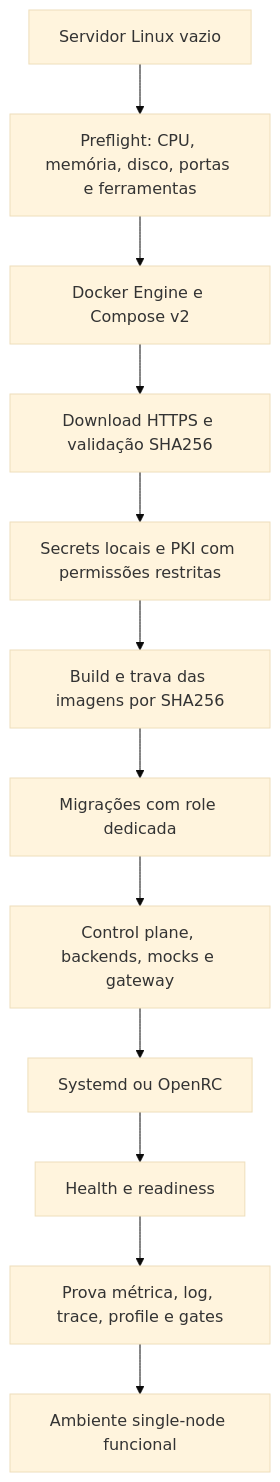
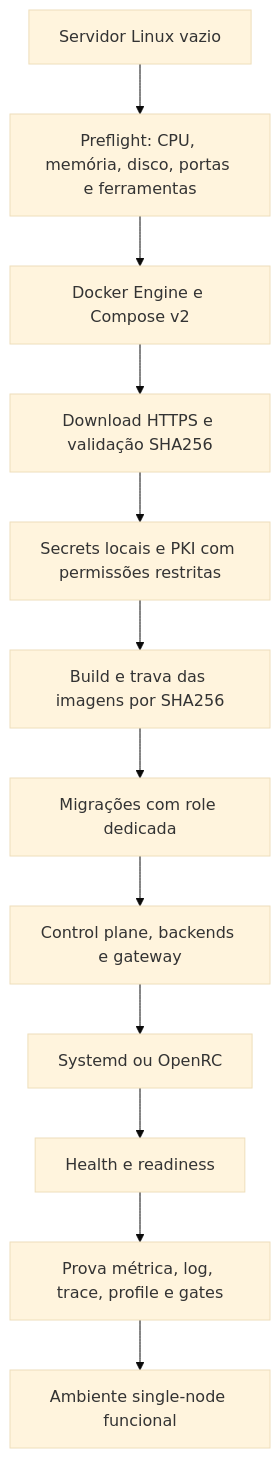
One commit to tharlesson-platform/SentinelOps changed the first of 5 diagrams in docs/architecture/system-flows.md. Above: the diagram before and after it, drawn with Mermaid (base theme). The commit also changed 278 other files, not shown here.

````diff
--- a/docs/architecture/system-flows.md
+++ b/docs/architecture/system-flows.md
@@ -9,14 +9,14 @@
 ```mermaid
 flowchart TD
   Start[Servidor Linux vazio] --> Preflight[Preflight: CPU, memória, disco, portas e ferramentas]
   Preflight --> Runtime[Docker Engine e Compose v2]
   Runtime --> Source[Download HTTPS e validação SHA256]
   Source --> Secrets[Secrets locais e PKI com permissões restritas]
   Secrets --> Build[Build e trava das imagens por SHA256]
   Build --> Migrate[Migrações com role dedicada]
-  Migrate --> Stack[Control plane, backends, mocks e gateway]
+  Migrate --> Stack[Control plane, backends e gateway]
   Stack --> Service[Systemd ou OpenRC]
   Service --> Doctor[Health e readiness]
   Doctor --> E2E[Prova métrica, log, trace, profile e gates]
   E2E --> Ready[Ambiente single-node funcional]
 ```
````
